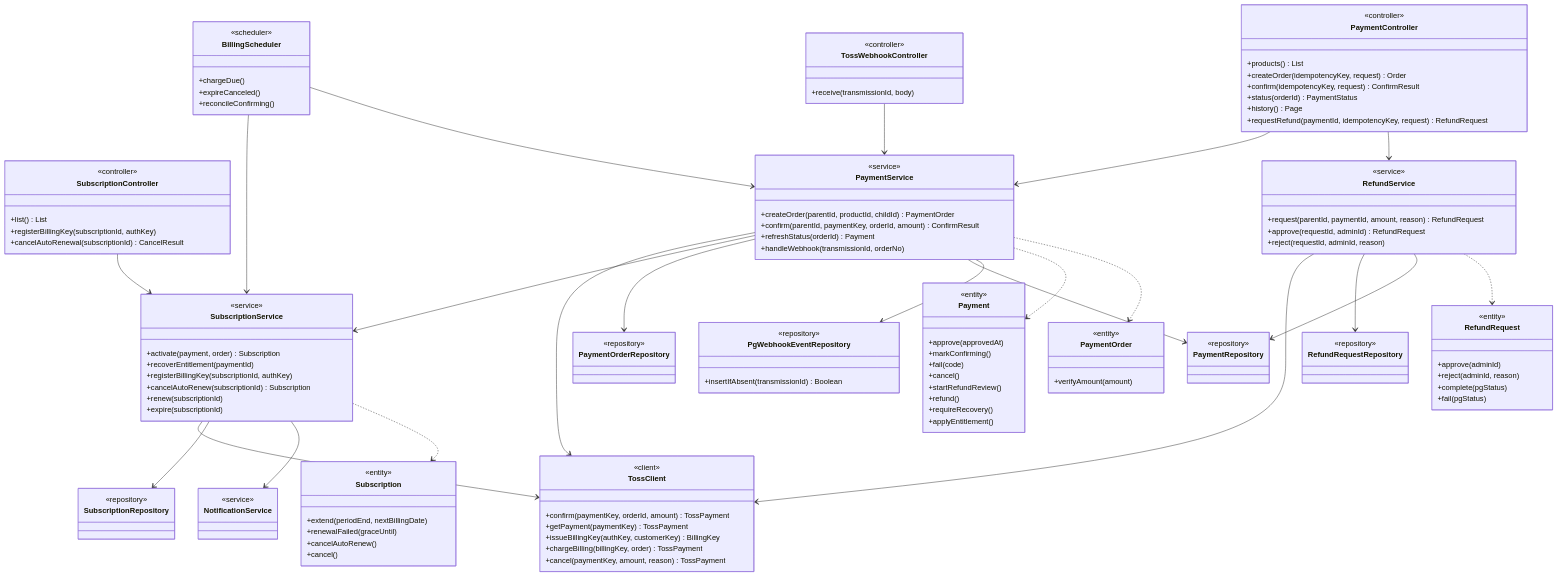
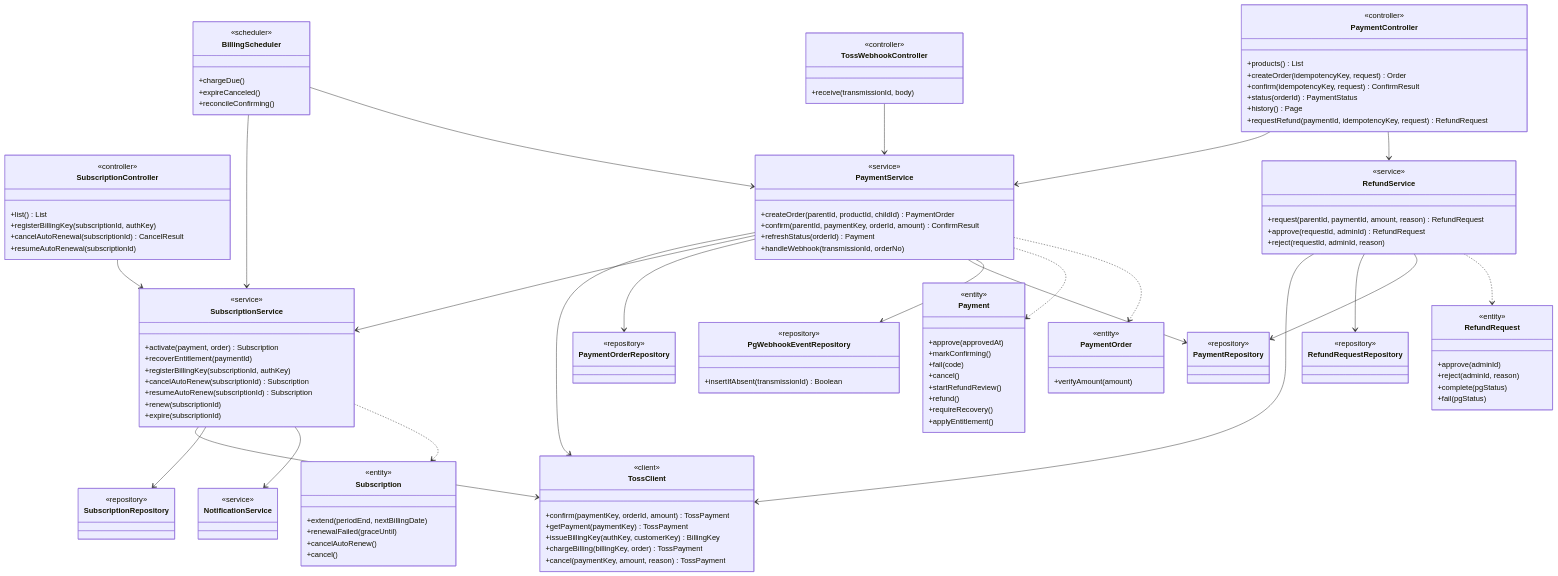
One commit to SKNETWORKS-FAMILY-AICAMP/SKN34-FINAL-3TEAM changed the sixth of 15 diagrams in docs/design/class-diagram.md. Above: the diagram before and after it, drawn with Mermaid. The commit also changed other lines of this file and 7 other files, not shown here.

```diff
--- a/docs/design/class-diagram.md
+++ b/docs/design/class-diagram.md
@@ -586,6 +585,7 @@
     +list() List
     +registerBillingKey(subscriptionId, authKey)
     +cancelAutoRenewal(subscriptionId) CancelResult
+    +resumeAutoRenewal(subscriptionId)
   }
   class TossWebhookController {
     <<controller>>
@@ -610,6 +610,7 @@
     +recoverEntitlement(paymentId)
     +registerBillingKey(subscriptionId, authKey)
     +cancelAutoRenew(subscriptionId) Subscription
+    +resumeAutoRenew(subscriptionId) Subscription
     +renew(subscriptionId)
     +expire(subscriptionId)
   }
```
